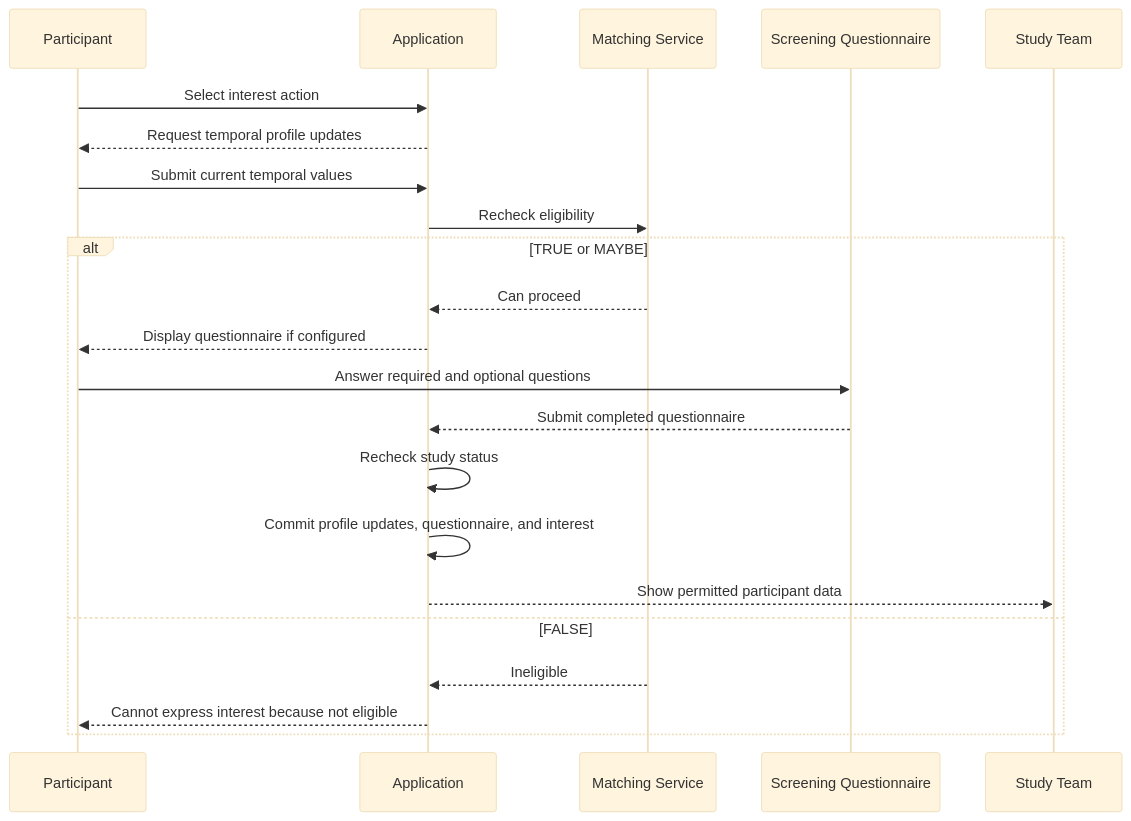
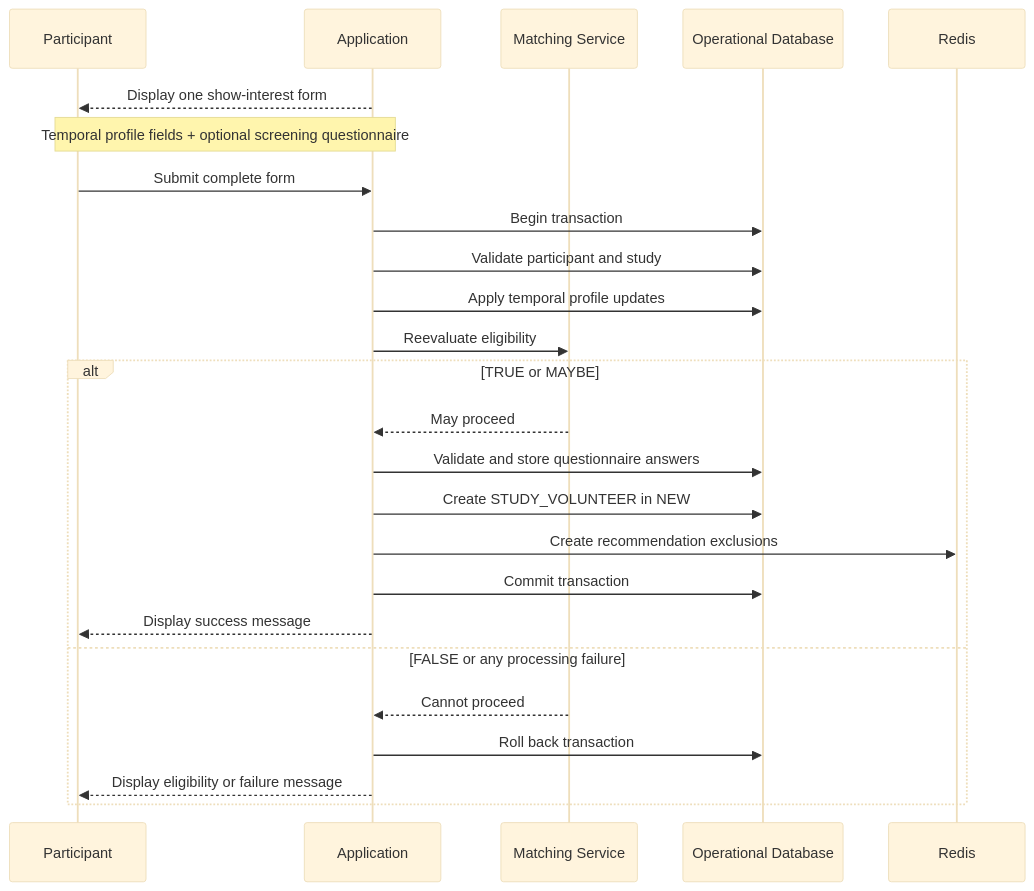
Before and after one commit to umich-michr/yhr-context: the diagram in docs/06-recruitment/expressions-of-interest.md, drawn with Mermaid (base theme). The commit also changed other lines of this file and 79 other files, not shown here.

````diff
--- a/docs/06-recruitment/expressions-of-interest.md
+++ b/docs/06-recruitment/expressions-of-interest.md
@@ -67,26 +119,30 @@
 ```mermaid
 sequenceDiagram
     participant P as Participant
     participant A as Application
     participant M as Matching Service
-    participant Q as Screening Questionnaire
-    participant ST as Study Team
+    participant DB as Operational Database
+    participant R as Redis
 
-    P->>A: Select interest action
-    A-->>P: Request temporal profile updates
-    P->>A: Submit current temporal values
-    A->>M: Recheck eligibility
+    A-->>P: Display one show-interest form
+    Note over P,A: Temporal profile fields + optional screening questionnaire
+    P->>A: Submit complete form
+
+    A->>DB: Begin transaction
+    A->>DB: Validate participant and study
+    A->>DB: Apply temporal profile updates
+    A->>M: Reevaluate eligibility
 
     alt TRUE or MAYBE
-        M-->>A: Can proceed
-        A-->>P: Display questionnaire if configured
-        P->>Q: Answer required and optional questions
-        Q-->>A: Submit completed questionnaire
-        A->>A: Recheck study status
-        A->>A: Commit profile updates, questionnaire, and interest
-        A-->>ST: Show permitted participant data
-    else FALSE
-        M-->>A: Ineligible
-        A-->>P: Cannot express interest because not eligible
+        M-->>A: May proceed
+        A->>DB: Validate and store questionnaire answers
+        A->>DB: Create STUDY_VOLUNTEER in NEW
+        A->>R: Create recommendation exclusions
+        A->>DB: Commit transaction
+        A-->>P: Display success message
+    else FALSE or any processing failure
+        M-->>A: Cannot proceed
+        A->>DB: Roll back transaction
+        A-->>P: Display eligibility or failure message
     end
 ```
````
